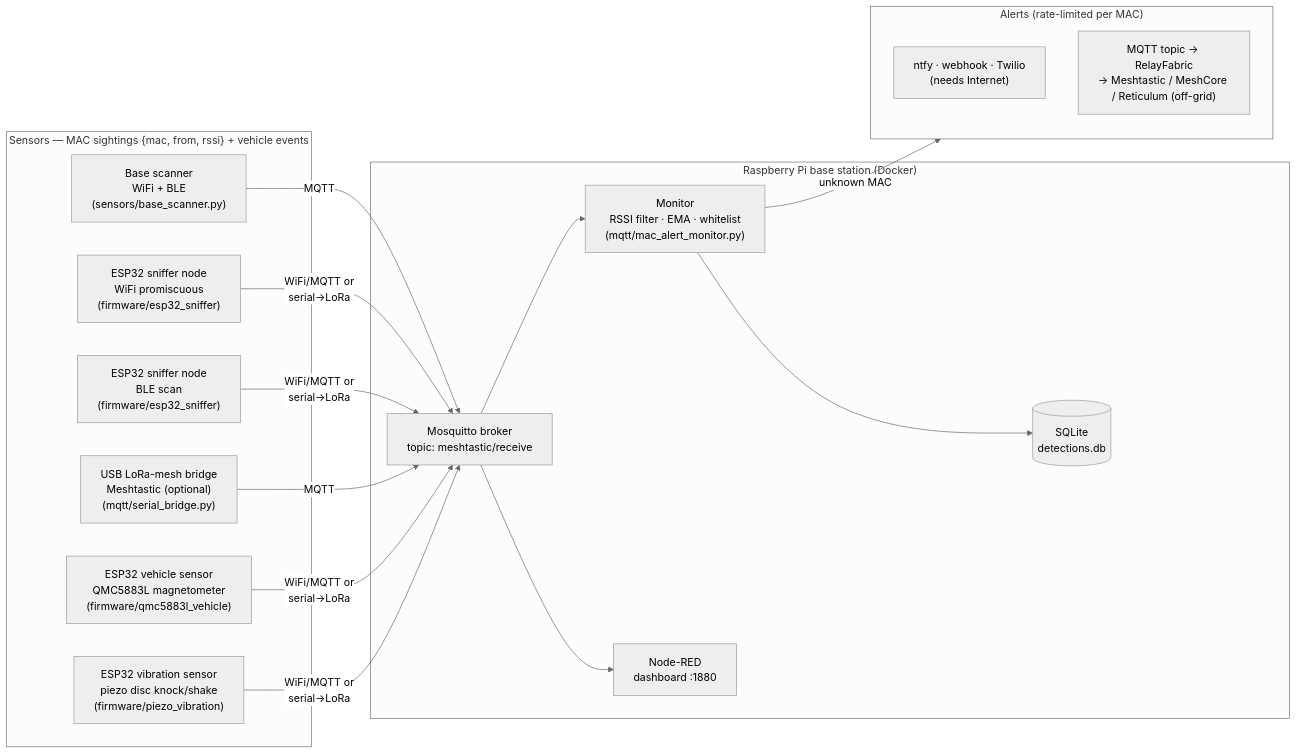
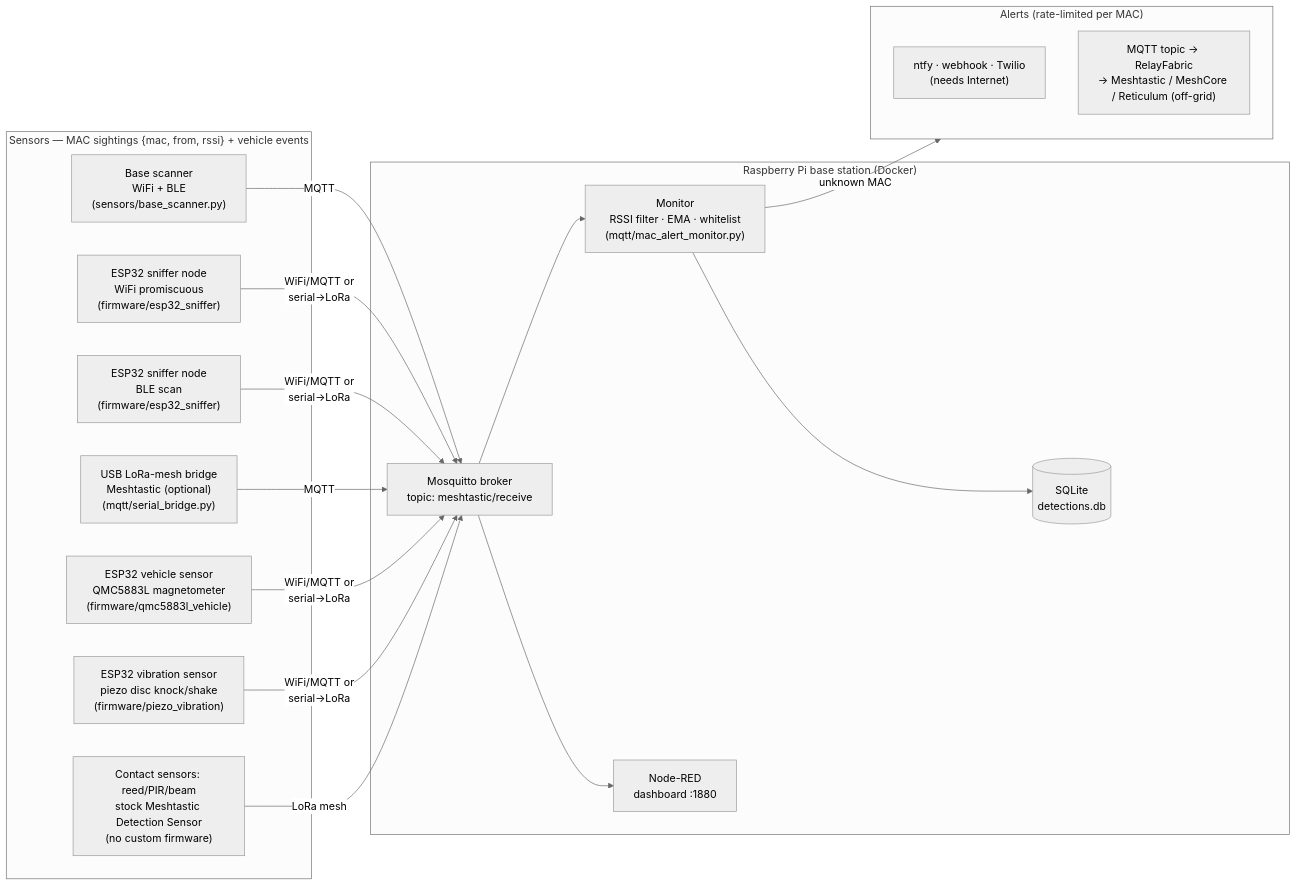
Before and after one commit to OutandBack/meshtripwire: the diagram in README.md, drawn with Mermaid (neutral theme). The commit also changed other lines of this file and 1 other file, not shown here.

Commit message:
Document Detection Sensor ingestion, events table, and correlation

````diff
--- a/README.md
+++ b/README.md
@@ -9,34 +9,36 @@
 ```mermaid
 flowchart LR
     subgraph sensors["Sensors — MAC sightings {mac, from, rssi} + vehicle events"]
         S1["Base scanner<br/>WiFi + BLE<br/>(sensors/base_scanner.py)"]
         S2["ESP32 sniffer node<br/>WiFi promiscuous<br/>(firmware/esp32_sniffer)"]
         S4["ESP32 sniffer node<br/>BLE scan<br/>(firmware/esp32_sniffer)"]
         S3["USB LoRa-mesh bridge<br/>Meshtastic (optional)<br/>(mqtt/serial_bridge.py)"]
         S5["ESP32 vehicle sensor<br/>QMC5883L magnetometer<br/>(firmware/qmc5883l_vehicle)"]
         S6["ESP32 vibration sensor<br/>piezo disc knock/shake<br/>(firmware/piezo_vibration)"]
+        S7["Contact sensors: reed/PIR/beam<br/>stock Meshtastic Detection Sensor<br/>(no custom firmware)"]
     end
 
     S1 -->|MQTT| BROKER
     S2 -->|WiFi/MQTT or<br/>serial→LoRa| BROKER
     S4 -->|WiFi/MQTT or<br/>serial→LoRa| BROKER
     S3 -->|MQTT| BROKER
     S5 -->|WiFi/MQTT or<br/>serial→LoRa| BROKER
     S6 -->|WiFi/MQTT or<br/>serial→LoRa| BROKER
+    S7 -->|LoRa mesh| BROKER
 
     subgraph base["Raspberry Pi base station (Docker)"]
         BROKER["Mosquitto broker<br/>topic: meshtastic/receive"]
         MON["Monitor<br/>RSSI filter · EMA · whitelist<br/>(mqtt/mac_alert_monitor.py)"]
         DB[("SQLite<br/>detections.db")]
         NR["Node-RED<br/>dashboard :1880"]
         BROKER --> MON
         BROKER --> NR
         MON --> DB
     end
 
     MON -->|unknown MAC| ALERTS
     subgraph ALERTS["Alerts (rate-limited per MAC)"]
         A1["ntfy · webhook · Twilio<br/>(needs Internet)"]
         A2["MQTT topic → RelayFabric<br/>→ Meshtastic / MeshCore / Reticulum (off-grid)"]
     end
 ```
````
